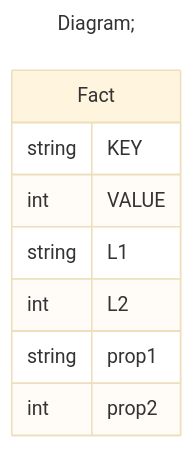
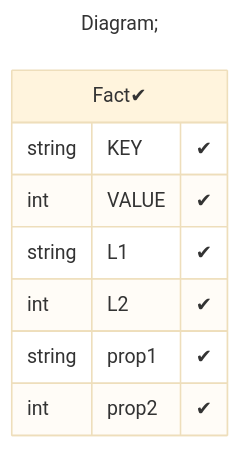
Before and after one commit to xmla-services/workground: the third of 3 diagrams in demo/server/catalogs/tutorial_01-08_4_Cube_with_cub_dimension_with_multy_levels/README.MD, drawn with Mermaid (base theme). The commit also changed 44 other files, not shown here.

Commit message:
tutorials. add flags (positive, negative) in database diagram Signed-off-by: dbulahov <bulahovdenis@gmail.com>

````diff
--- a/demo/server/catalogs/tutorial_01-08_4_Cube_with_cub_dimension_with_multy_levels/README.MD
+++ b/demo/server/catalogs/tutorial_01-08_4_Cube_with_cub_dimension_with_multy_levels/README.MD
@@ -103,15 +103,15 @@
 ```mermaid
 ---
 title: Diagram;
 ---
 erDiagram
-Fact{
-string KEY
-int VALUE
-string L1
-int L2
-string prop1
-int prop2
+"Fact✔"{
+string KEY "✔"
+int VALUE "✔"
+string L1 "✔"
+int L2 "✔"
+string prop1 "✔"
+int prop2 "✔"
 }
 
 ```
````
